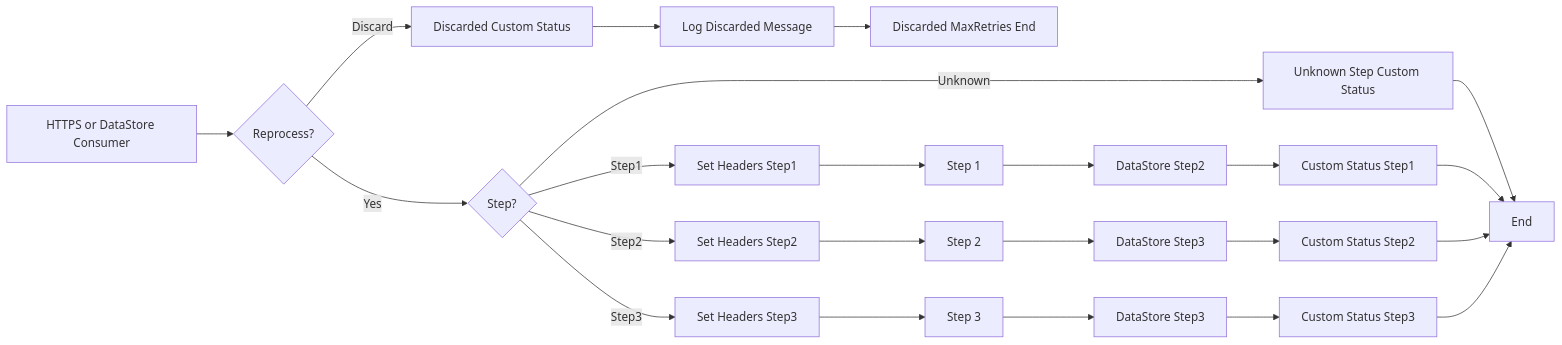
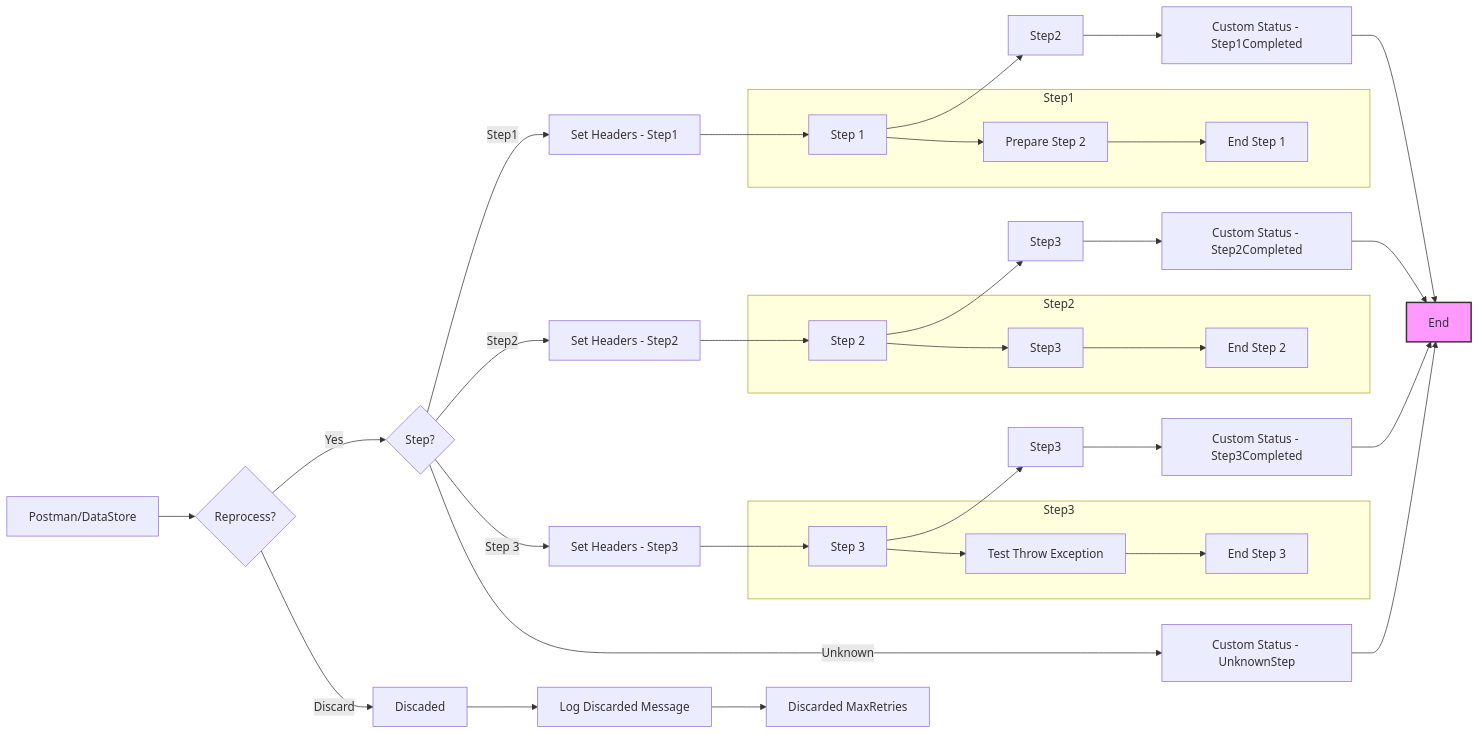
One commit to Avvale-IA-CICD/AvvaleCPI changed the diagram in MMZ - Templates/SEDA_Model_-_Single_DS_-_Restart_and_Discard-1.0.0/readme.md. Above: the diagram before and after it, drawn with Mermaid. The commit also changed other lines of this file, not shown here.

Commit message:
Add/update documentation for SEDA_Model_-_Single_DS_-_Restart_and_Discard v1.0.0

````diff
--- a/MMZ - Templates/SEDA_Model_-_Single_DS_-_Restart_and_Discard-1.0.0/readme.md
+++ b/MMZ - Templates/SEDA_Model_-_Single_DS_-_Restart_and_Discard-1.0.0/readme.md
@@ -3,25 +4,38 @@
 ```mermaid
 graph LR
-    A[HTTPS or DataStore Consumer] --> B{Reprocess?}
+    A[Postman/DataStore] --> B{Reprocess?}
     B -- Yes --> C{Step?}
-    B -- Discard --> D[Discarded Custom Status]
+    B -- Discard --> D[Discaded]
     D --> E[Log Discarded Message]
-    E --> F[Discarded MaxRetries End]
-    C -- Step1 --> G[Set Headers Step1]
-    C -- Step2 --> H[Set Headers Step2]
-    C -- Step3 --> I[Set Headers Step3]
-    C -- Unknown --> J[Unknown Step Custom Status]
-    J --> K[End]
+    E --> F[Discarded MaxRetries]
+    C -- Step1 --> G[Set Headers - Step1]
+    C -- Step2 --> H[Set Headers - Step2]
+    C -- Step 3 --> I[Set Headers - Step3]
+    C -- Unknown --> J[Custom Status - UnknownStep]
+	J --> K[End]
     G --> L[Step 1]
     H --> M[Step 2]
     I --> N[Step 3]
-    L --> O[DataStore Step2]
-    O --> P[Custom Status Step1]
-    M --> Q[DataStore Step3]
-    Q --> R[Custom Status Step2]
-    N --> S[DataStore Step3]
-    S --> T[Custom Status Step3]
-    P --> K
-    R --> K
-    T --> K
+    L --> O[Step2]
+    M --> P[Step3]
+    N --> Q[Step3]
+    O --> R[Custom Status - Step1Completed]
+    P --> S[Custom Status - Step2Completed]
+    Q --> T[Custom Status - Step3Completed]
+	R --> K[End]
+	S --> K[End]
+	T --> K[End]
+    subgraph Step1
+        L --> Prep2[Prepare Step 2]
+        Prep2 --> End1[End Step 1]
+    end
+    subgraph Step2
+        M --> Store3[Step3]
+        Store3 --> End2[End Step 2]
+    end
+    subgraph Step3
+        N --> testTrowExcp[Test Throw Exception]
+        testTrowExcp --> End3[End Step 3]
+    end
+	style K fill:#f9f,stroke:#333,stroke-width:2px
 ```
````
